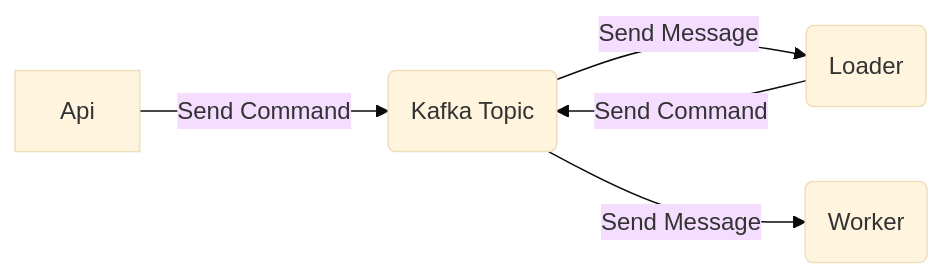
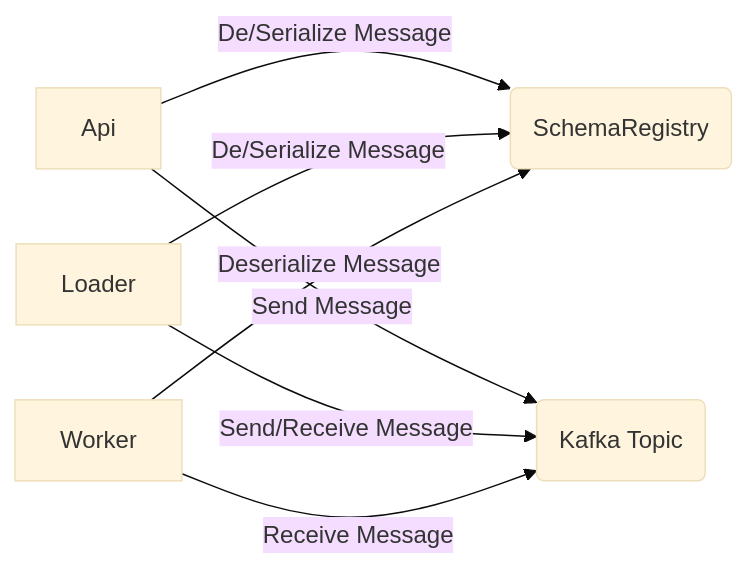
One commit to luanmds/kafka-dotnet-study changed the first of 3 diagrams in sample-02/README.md. Above: the diagram before and after it, drawn with Mermaid (base theme). The commit also changed other lines of this file, not shown here.

Commit message:
chore: adjustments in flow message

````diff
--- a/sample-02/README.md
+++ b/sample-02/README.md
@@ -22,7 +22,12 @@
 ```mermaid
-    graph LR
-        A[Api] -->|Send Command <br/>| B(Kafka Topic);
-        C -->|Send Command <br/>| B(Kafka Topic);
-        B -->|Send Message| C(Loader);
-        B -->|Send Message| D(Worker);
+    flowchart LR
+        B(SchemaRegistry)
+        C(Kafka Topic) 
+        A[Api] -->|De/Serialize Message| B
+        A[Api] -->|Send Message <br/>| C 
+        D[Loader] -->|Send/Receive Message| C
+        D[Loader] -->|De/Serialize Message| B 
+        E[Worker] -->|Receive Message| C
+        E[Worker] -->|Deserialize Message| B 
+
 ```
````
